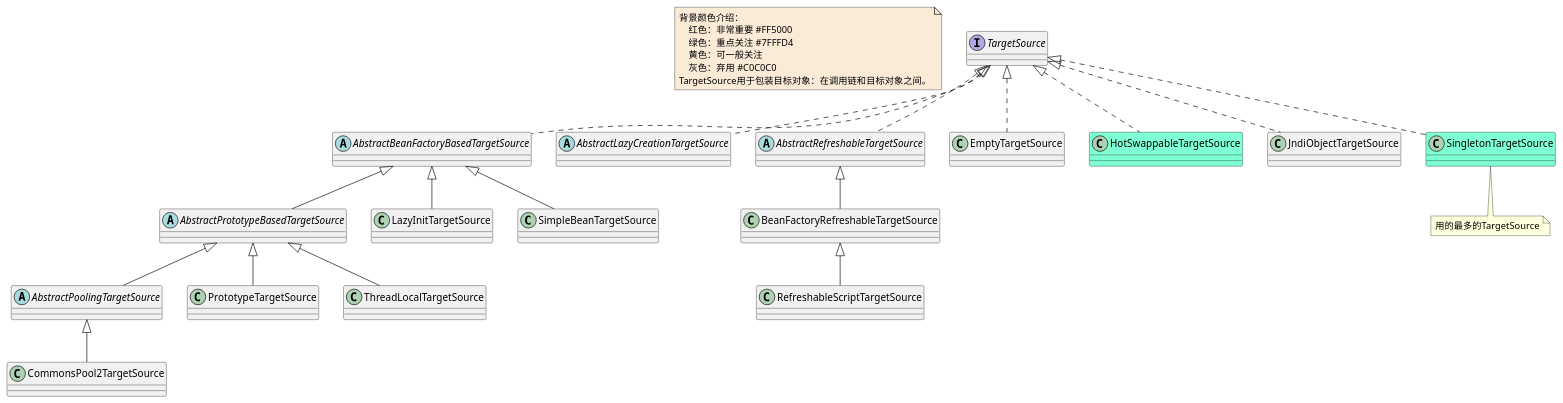
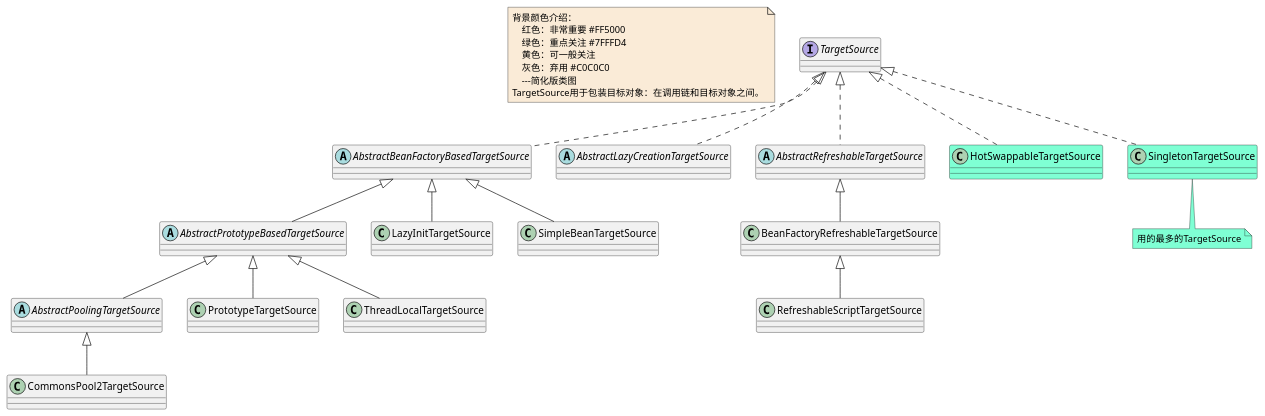
Before and after one commit to czwer/learn-spring-code: the diagram in document/spring/base/class/AOP-TargetSource-class.puml, drawn with PlantUML. The commit also changed 27 other files, not shown here.

Commit message:
1.添加Bean属性绑定的时序图 2.整理了BeanPostProcessor类图 3.添加了Bean相关的类图 4.添加了Bean整个架构的类图关系

```diff
--- a/document/spring/base/class/AOP-TargetSource-class.puml
+++ b/document/spring/base/class/AOP-TargetSource-class.puml
@@ -1,59 +1,56 @@
 @startuml
 
 note  as N1 #FAEBD7
     背景颜色介绍：
         红色：非常重要 #FF5000
         绿色：重点关注 #7FFFD4
         黄色：可一般关注
         灰色：弃用 #C0C0C0
+        ---简化版类图
     TargetSource用于包装目标对象：在调用链和目标对象之间。
 end note
 
 
 interface TargetSource
 abstract class AbstractBeanFactoryBasedTargetSource
 abstract class AbstractLazyCreationTargetSource
 abstract class AbstractPoolingTargetSource
 abstract class AbstractPrototypeBasedTargetSource
 abstract class AbstractRefreshableTargetSource
 class BeanFactoryRefreshableTargetSource
 class CommonsPool2TargetSource
-class EmptyTargetSource
 class HotSwappableTargetSource #7FFFD4
-class JndiObjectTargetSource
 class LazyInitTargetSource
 class PrototypeTargetSource
 class RefreshableScriptTargetSource
 class SimpleBeanTargetSource
 class SingletonTargetSource #7FFFD4
-note bottom : 用的最多的TargetSource
+note bottom #7FFFD4: 用的最多的TargetSource
 class ThreadLocalTargetSource
 
 
 
 AbstractBeanFactoryBasedTargetSource <|-- AbstractPrototypeBasedTargetSource
 AbstractBeanFactoryBasedTargetSource <|-- LazyInitTargetSource
 AbstractBeanFactoryBasedTargetSource <|-- SimpleBeanTargetSource
 
 AbstractPrototypeBasedTargetSource <|-- AbstractPoolingTargetSource
 AbstractPrototypeBasedTargetSource <|-- PrototypeTargetSource
 AbstractPrototypeBasedTargetSource <|-- ThreadLocalTargetSource
 
 
 AbstractPoolingTargetSource <|-- CommonsPool2TargetSource
 
 AbstractRefreshableTargetSource <|-- BeanFactoryRefreshableTargetSource
 
 BeanFactoryRefreshableTargetSource <|-- RefreshableScriptTargetSource
 
 TargetSource <|.. AbstractBeanFactoryBasedTargetSource
 TargetSource <|.. AbstractLazyCreationTargetSource
 TargetSource <|.. AbstractRefreshableTargetSource
-TargetSource <|.. EmptyTargetSource
 TargetSource <|.. HotSwappableTargetSource
-TargetSource <|.. JndiObjectTargetSource
 TargetSource <|.. SingletonTargetSource
 
 
 
 @enduml
```
